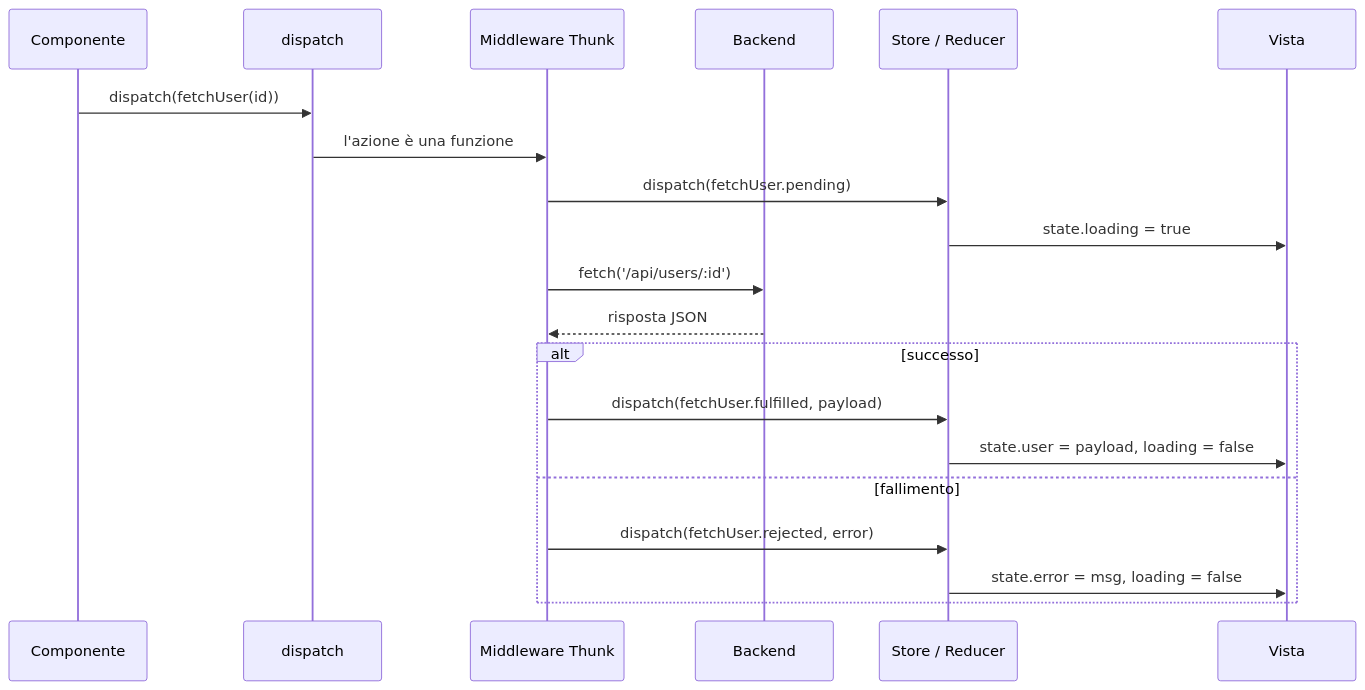
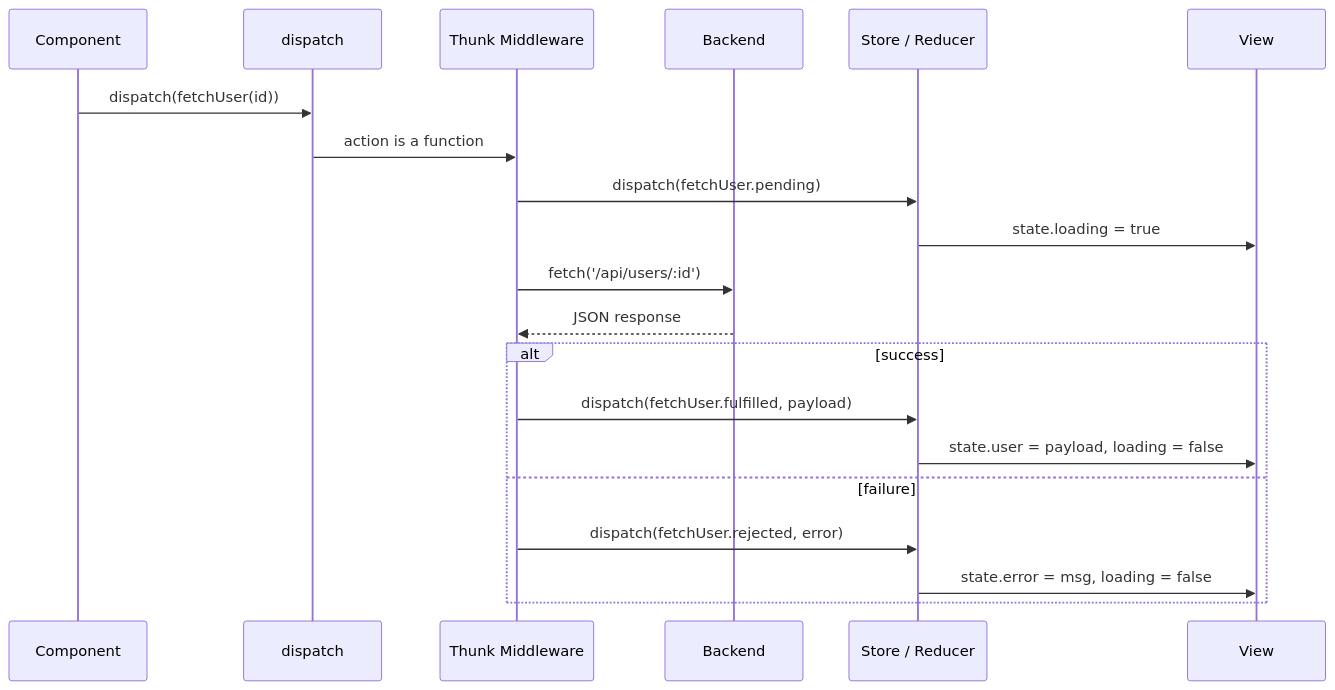
One commit to BabaScience/react-guides changed the fifth of 7 diagrams in arguments/chapters/it/06-state-management.md. Above: the diagram before and after it, drawn with Mermaid. The commit also changed other lines of this file and 29 other files, not shown here.

First line of the commit message:
Bring React FR/IT translations to full English parity + theme-safe diagrams

````diff
--- a/arguments/chapters/it/06-state-management.md
+++ b/arguments/chapters/it/06-state-management.md
@@ -227,23 +1186,23 @@
 ```mermaid
 sequenceDiagram
-    participant UI as Componente
+    participant UI as Component
     participant D as dispatch
-    participant M as Middleware Thunk
+    participant M as Thunk Middleware
     participant API as Backend
     participant S as Store / Reducer
-    participant V as Vista
+    participant V as View
 
     UI->>D: dispatch(fetchUser(id))
-    D->>M: l'azione è una funzione
+    D->>M: action is a function
     M->>S: dispatch(fetchUser.pending)
     S->>V: state.loading = true
     M->>API: fetch('/api/users/:id')
-    API-->>M: risposta JSON
-    alt successo
+    API-->>M: JSON response
+    alt success
         M->>S: dispatch(fetchUser.fulfilled, payload)
         S->>V: state.user = payload, loading = false
-    else fallimento
+    else failure
         M->>S: dispatch(fetchUser.rejected, error)
         S->>V: state.error = msg, loading = false
     end
 ```
````
